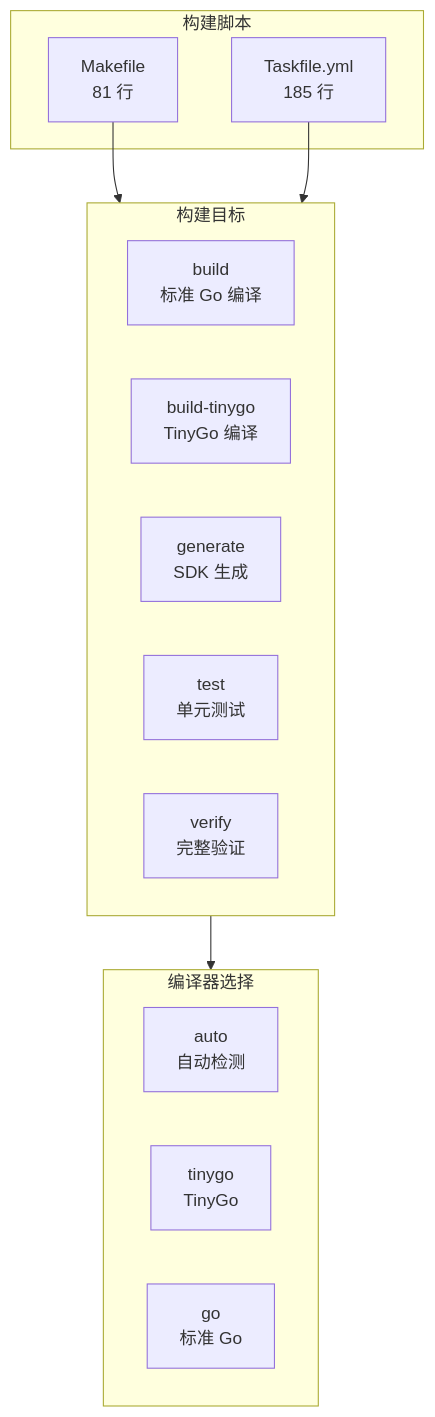
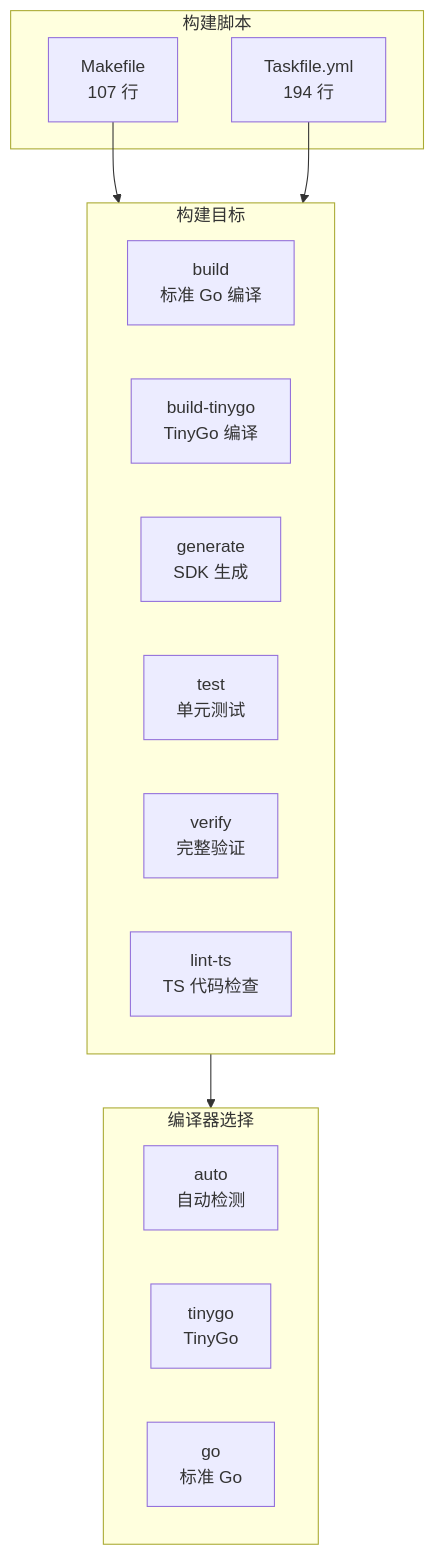
The sixth of 6 diagrams in docs/architecture.md (fred29910/go_wasm_lib2), drawn with Mermaid before and after one commit. The commit also changed other lines of this file and 6 other files, not shown here.

````diff
--- a/docs/architecture.md
+++ b/docs/architecture.md
@@ -257,25 +290,26 @@
 ```mermaid
 flowchart TB
     subgraph BuildScripts["构建脚本"]
-        Makefile[Makefile<br/>81 行]
-        Taskfile[Taskfile.yml<br/>185 行]
+        Makefile[Makefile<br/>107 行]
+        Taskfile[Taskfile.yml<br/>194 行]
     end
 
     subgraph Targets["构建目标"]
         Build[build<br/>标准 Go 编译]
         BuildTiny[build-tinygo<br/>TinyGo 编译]
         Generate[generate<br/>SDK 生成]
         Test[test<br/>单元测试]
         Verify[verify<br/>完整验证]
+        LintTs[lint-ts<br/>TS 代码检查]
     end
 
     subgraph Compilers["编译器选择"]
         CompilerAuto[auto<br/>自动检测]
         CompilerTiny[tinygo<br/>TinyGo]
         CompilerGo[go<br/>标准 Go]
     end
 
     Makefile --> Targets
     Taskfile --> Targets
     Targets --> Compilers
 ```
````
